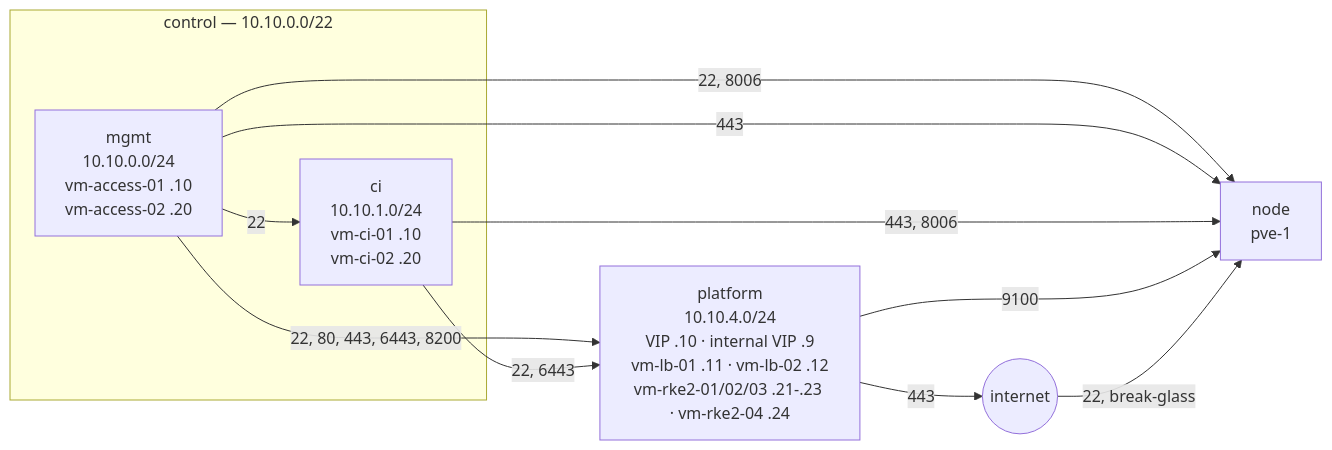
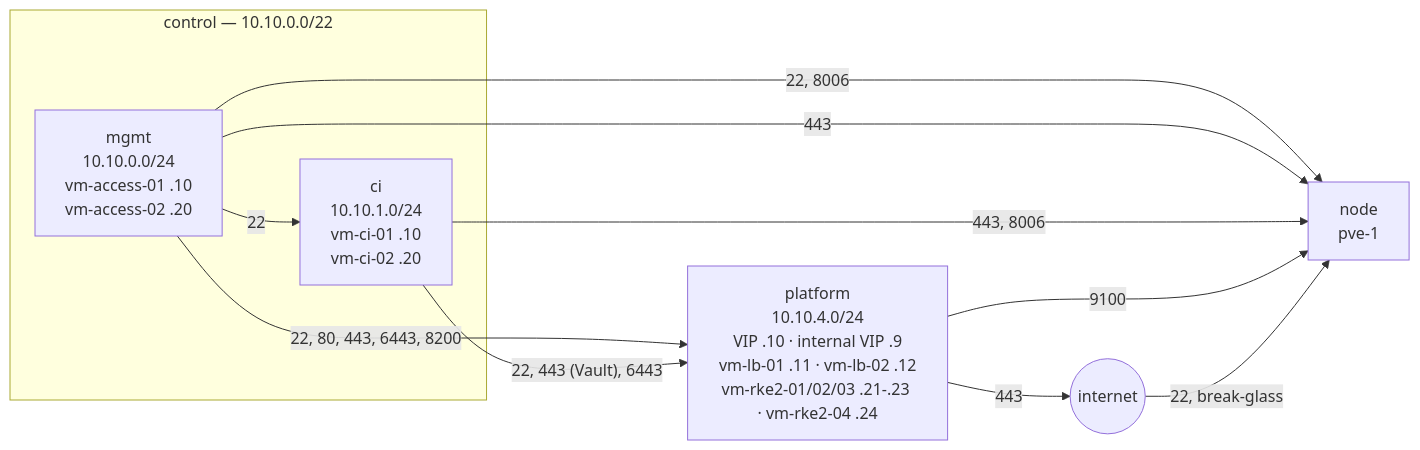
One commit to 0xc0-homelab/infrastructure changed the third of 7 diagrams in docs/architecture.md. Above: the diagram before and after it, drawn with Mermaid. The commit also changed 10 other files, not shown here.

````diff
--- a/docs/architecture.md
+++ b/docs/architecture.md
@@ -111,20 +111,20 @@
 ```mermaid
 flowchart LR
   subgraph control["control — 10.10.0.0/22"]
     mgmt["mgmt<br/>10.10.0.0/24<br/>vm-access-01 .10<br/>vm-access-02 .20"]
     ci["ci<br/>10.10.1.0/24<br/>vm-ci-01 .10<br/>vm-ci-02 .20"]
   end
   platform["platform<br/>10.10.4.0/24<br/>VIP .10 · internal VIP .9<br/>vm-lb-01 .11 · vm-lb-02 .12<br/>vm-rke2-01/02/03 .21-.23 · vm-rke2-04 .24"]
   node["node<br/>pve-1"]
   internet(("internet"))
 
   mgmt -- "22" --> ci
   mgmt -- "22, 80, 443, 6443, 8200" --> platform
   mgmt -- "22, 8006" --> node
   mgmt -- "443" --> node
-  ci -- "22, 6443" --> platform
+  ci -- "22, 443 (Vault), 6443" --> platform
   ci -- "443, 8006" --> node
   platform -- "9100" --> node
   platform -- "443" --> internet
   internet -- "22, break-glass" --> node
 ```
````
